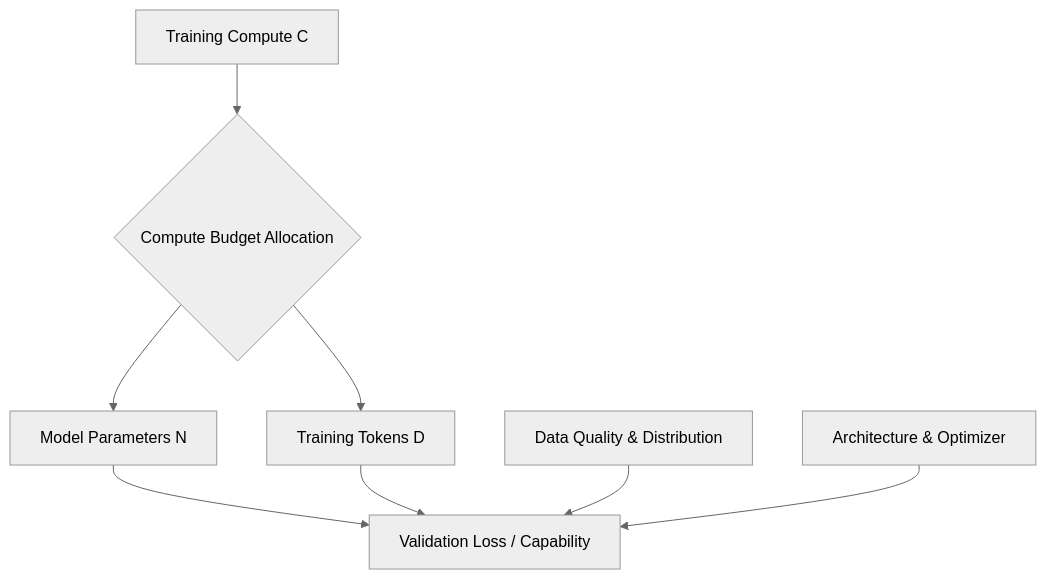
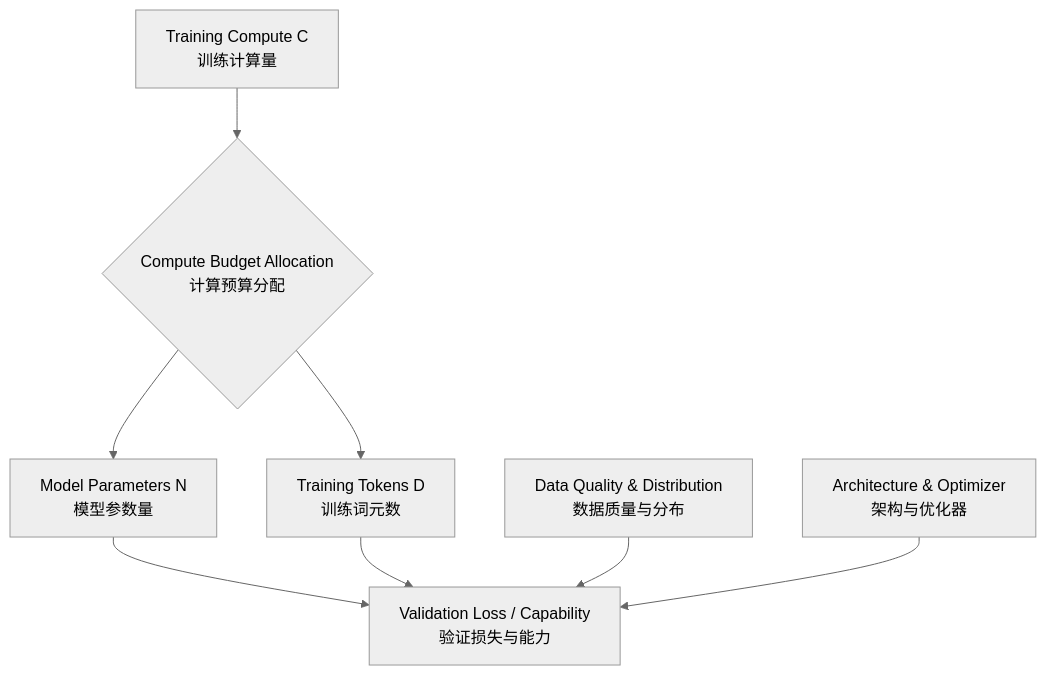
Before and after one commit to Yukun-Zheng/LLM-development: the fifth of 12 diagrams in figures/README.md, drawn with Mermaid (neutral theme). The commit also changed other lines of this file, not shown here.

Commit message:
docs: localize figure labels with Chinese

````diff
--- a/figures/README.md
+++ b/figures/README.md
@@ -121,10 +121,10 @@
 ```mermaid
 flowchart TD
-    C[Training Compute C] --> Q{Compute Budget Allocation}
-    Q --> N[Model Parameters N]
-    Q --> D[Training Tokens D]
-    N --> L[Validation Loss / Capability]
+    C[Training Compute C<br/>训练计算量] --> Q{Compute Budget Allocation<br/>计算预算分配}
+    Q --> N[Model Parameters N<br/>模型参数量]
+    Q --> D[Training Tokens D<br/>训练词元数]
+    N --> L[Validation Loss / Capability<br/>验证损失与能力]
     D --> L
-    R[Data Quality & Distribution] --> L
-    A[Architecture & Optimizer] --> L
+    R[Data Quality & Distribution<br/>数据质量与分布] --> L
+    A[Architecture & Optimizer<br/>架构与优化器] --> L
 ```
````
